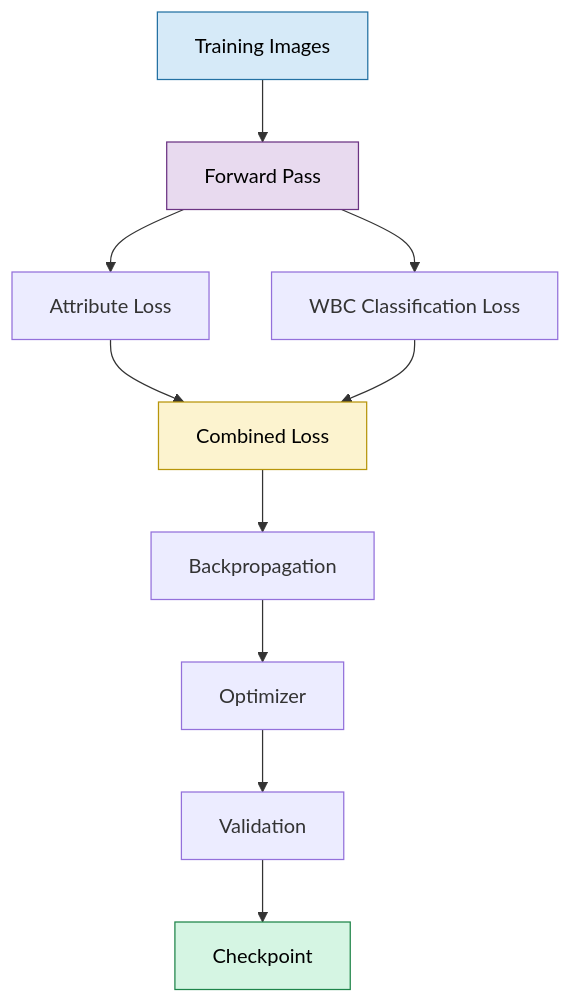
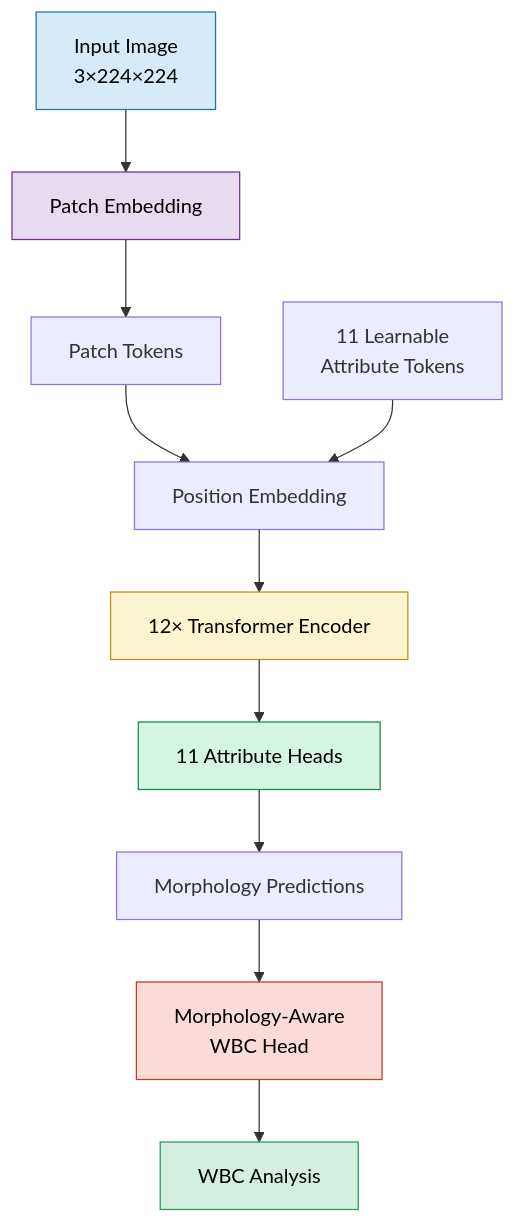
Before and after one commit to fassi182/WBC_Morphology_Analysis_with_a_MAL_ViT_Inspired_Architecture: the second of 3 diagrams in README.md, drawn with Mermaid. The commit also changed other lines of this file, not shown here.

````diff
--- a/README.md
+++ b/README.md
@@ -116,39 +161,40 @@
 ```mermaid
-flowchart TD
+flowchart TB
 
-A["Training Images"]
+IMG["Input Image<br/>3×224×224"]
 
-B["Forward Pass"]
+PATCH["Patch Embedding"]
 
-C["Attribute Loss"]
+TOKEN["Patch Tokens"]
 
-D["WBC Classification Loss"]
+ATTR["11 Learnable<br/>Attribute Tokens"]
 
-E["Combined Loss"]
+POS["Position Embedding"]
 
-F["Backpropagation"]
+ENC["12× Transformer Encoder"]
 
-G["Optimizer"]
+HEAD["11 Attribute Heads"]
 
-H["Validation"]
+ATTR_OUT["Morphology Predictions"]
 
-I["Checkpoint"]
+WBC["Morphology-Aware<br/>WBC Head"]
 
-A --> B
+FINAL["WBC Analysis"]
 
-B --> C
-B --> D
+IMG --> PATCH
+PATCH --> TOKEN
+TOKEN --> POS
+ATTR --> POS
+POS --> ENC
+ENC --> HEAD
+HEAD --> ATTR_OUT
+ATTR_OUT --> WBC
+WBC --> FINAL
 
-C --> E
-D --> E
-
-E --> F
-F --> G
-G --> H
-H --> I
-
-style A fill:#D6EAF8,stroke:#2471A3,color:#000
-style B fill:#E8DAEF,stroke:#6C3483,color:#000
-style E fill:#FCF3CF,stroke:#B7950B,color:#000
-style I fill:#D5F5E3,stroke:#1E8449,color:#000
+style IMG fill:#D6EAF8,stroke:#2471A3,color:#000
+style PATCH fill:#E8DAEF,stroke:#6C3483,color:#000
+style ENC fill:#FCF3CF,stroke:#B7950B,color:#000
+style HEAD fill:#D5F5E3,stroke:#1E8449,color:#000
+style WBC fill:#FADBD8,stroke:#C0392B,color:#000
+style FINAL fill:#D4EFDF,stroke:#239B56,color:#000
 ```
````
